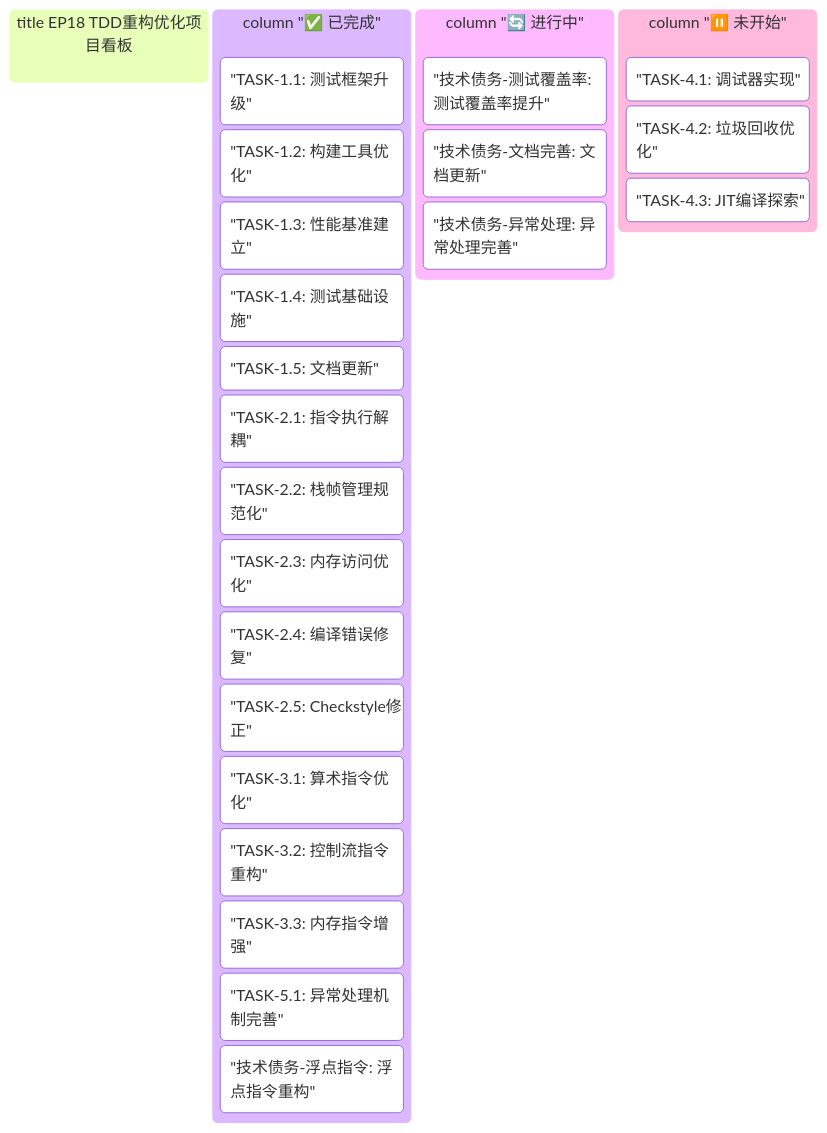
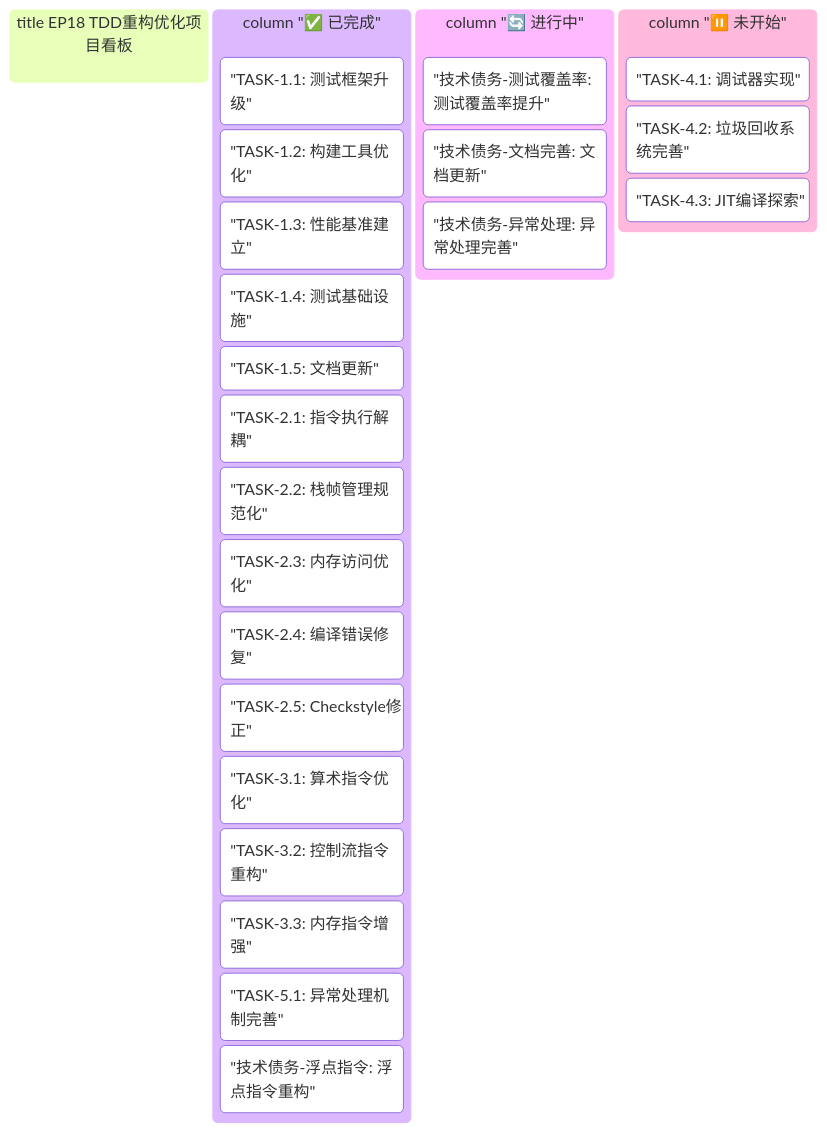
The second of 2 diagrams in ep18/docs/EP18_TDD_重构优化方案.md (whtoo/How_to_implment_PL_in_Antlr4), drawn with Mermaid before and after one commit. The commit also changed other lines of this file and 12 other files, not shown here.

````diff
--- a/ep18/docs/EP18_TDD_重构优化方案.md
+++ b/ep18/docs/EP18_TDD_重构优化方案.md
@@ -62,28 +62,28 @@
 ```mermaid
 kanban
   title EP18 TDD重构优化项目看板
   column "✅ 已完成"
     "TASK-1.1: 测试框架升级"
     "TASK-1.2: 构建工具优化"
     "TASK-1.3: 性能基准建立"
     "TASK-1.4: 测试基础设施"
     "TASK-1.5: 文档更新"
     "TASK-2.1: 指令执行解耦"
     "TASK-2.2: 栈帧管理规范化"
     "TASK-2.3: 内存访问优化"
     "TASK-2.4: 编译错误修复"
     "TASK-2.5: Checkstyle修正"
     "TASK-3.1: 算术指令优化"
     "TASK-3.2: 控制流指令重构"
     "TASK-3.3: 内存指令增强"
     "TASK-5.1: 异常处理机制完善"
     "技术债务-浮点指令: 浮点指令重构"
   column "🔄 进行中"
     "技术债务-测试覆盖率: 测试覆盖率提升"
     "技术债务-文档完善: 文档更新"
     "技术债务-异常处理: 异常处理完善"
   column "⏸️ 未开始"
     "TASK-4.1: 调试器实现"
-    "TASK-4.2: 垃圾回收优化"
+    "TASK-4.2: 垃圾回收系统完善"
     "TASK-4.3: JIT编译探索"
 ```
````
